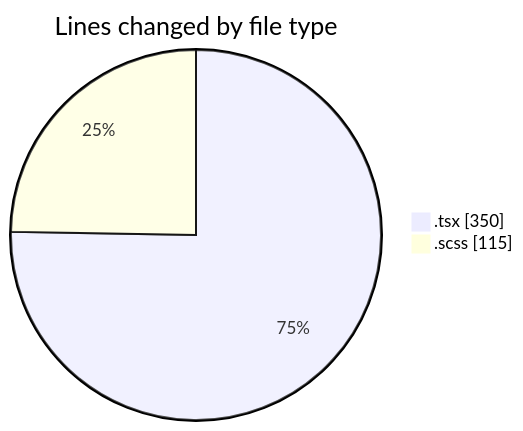
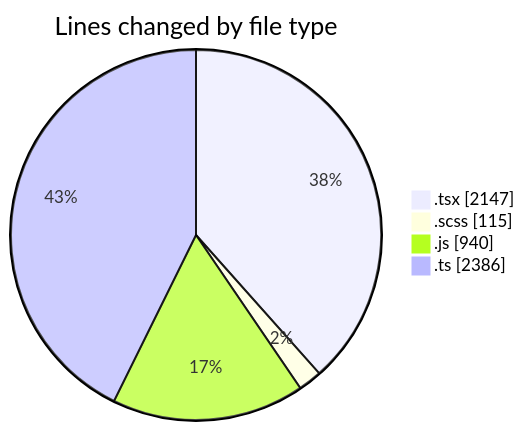
One commit to momahboobian/code-tracking changed the first of 2 diagrams in 2026-07-15/cda/README.md. Above: the diagram before and after it, drawn with Mermaid. The commit also changed other lines of this file and 1 other file, not shown here.

````diff
--- a/2026-07-15/cda/README.md
+++ b/2026-07-15/cda/README.md
@@ -21,6 +50,8 @@
 ```mermaid
 pie showData
 title Lines changed by file type
-".tsx" : 350
+".tsx" : 2147
 ".scss" : 115
+".js" : 940
+".ts" : 2386
 ```
````
